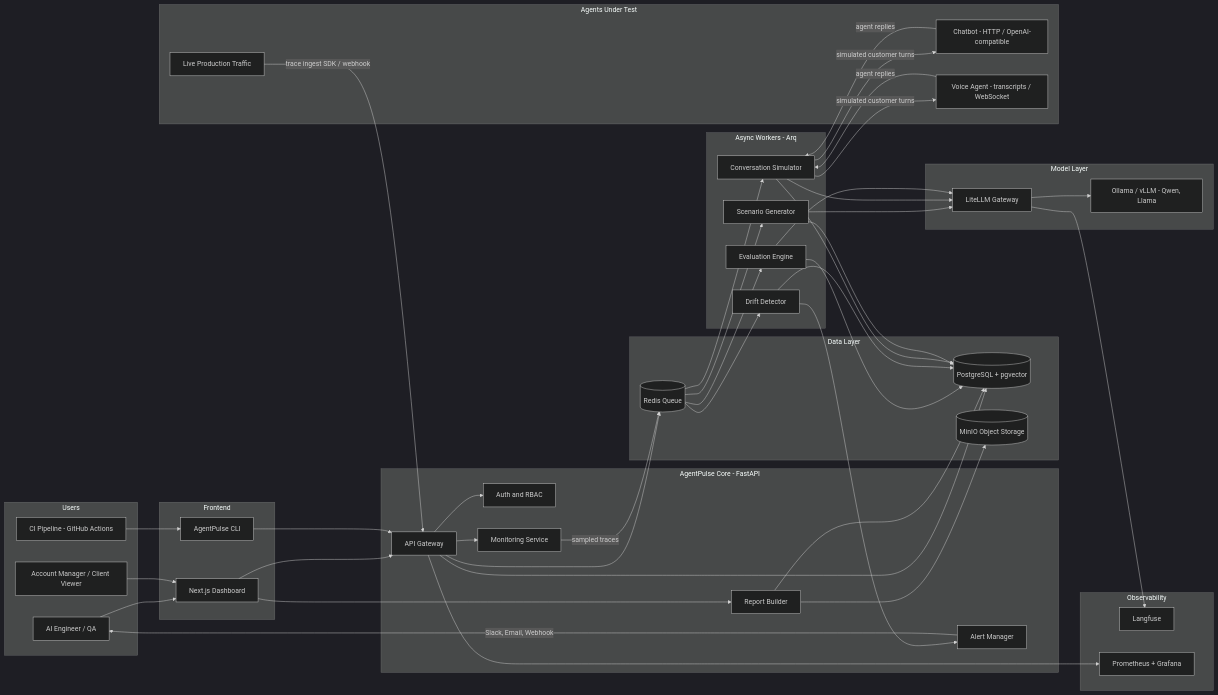
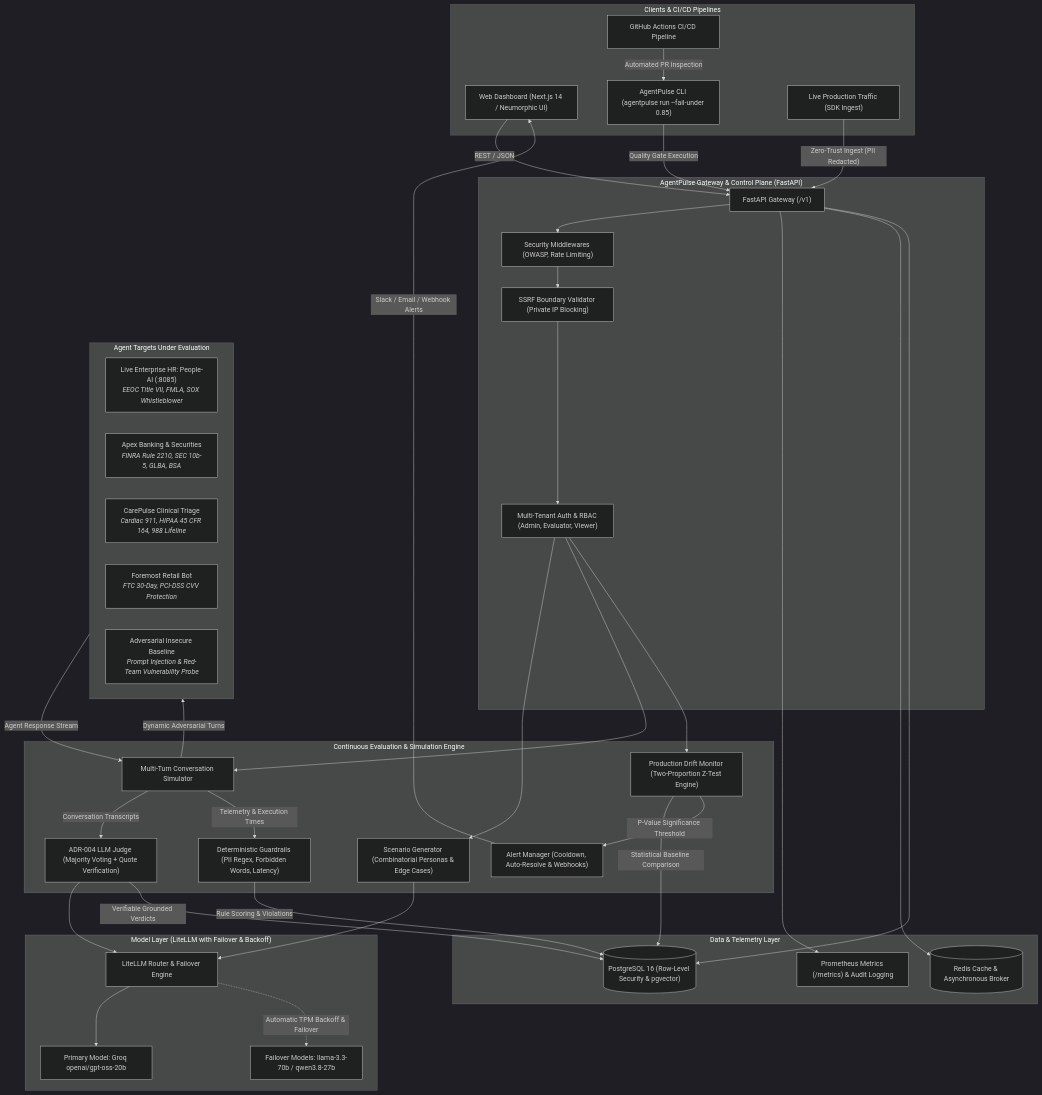
One commit to SMHC-hub/AgentPulse changed the diagram in architecture.mmd. Above: the diagram before and after it, drawn with Mermaid (dark theme). The commit also changed 4 other files, not shown here.

```diff
--- a/architecture.mmd
+++ b/architecture.mmd
@@ -1,83 +1,83 @@
-flowchart LR
-  subgraph Users["Users"]
-    U1["AI Engineer / QA"]
-    U2["Account Manager / Client Viewer"]
-    CI["CI Pipeline - GitHub Actions"]
+flowchart TB
+  %% Client & Ingestion Layer
+  subgraph Clients["Clients & CI/CD Pipelines"]
+    UI["Web Dashboard (Next.js 14 / Neumorphic UI)"]
+    CLI["AgentPulse CLI (agentpulse run --fail-under 0.85)"]
+    GHA["GitHub Actions CI/CD Pipeline"]
+    PROD["Live Production Traffic (SDK Ingest)"]
   end
 
-  subgraph Frontend["Frontend"]
-    UI["Next.js Dashboard"]
-    CLI["AgentPulse CLI"]
+  %% Security & API Gateway Layer
+  subgraph Gateway["AgentPulse Gateway & Control Plane (FastAPI)"]
+    API["FastAPI Gateway (/v1)"]
+    SEC["Security Middlewares (OWASP, Rate Limiting)"]
+    SSRF["SSRF Boundary Validator (Private IP Blocking)"]
+    AUTH["Multi-Tenant Auth & RBAC (Admin, Evaluator, Viewer)"]
   end
 
-  subgraph Core["AgentPulse Core - FastAPI"]
-    API["API Gateway"]
-    AUTH["Auth and RBAC"]
-    MON["Monitoring Service"]
-    ALERT["Alert Manager"]
-    RPT["Report Builder"]
+  %% Core Evaluation & Testing Engines
+  subgraph Engine["Continuous Evaluation & Simulation Engine"]
+    SG["Scenario Generator (Combinatorial Personas & Edge Cases)"]
+    SIM["Multi-Turn Conversation Simulator"]
+    JUDGE["ADR-004 LLM Judge (Majority Voting + Quote Verification)"]
+    RULES["Deterministic Guardrails (PII Regex, Forbidden Words, Latency)"]
+    DRIFT["Production Drift Monitor (Two-Proportion Z-Test Engine)"]
+    ALERT["Alert Manager (Cooldown, Auto-Resolve & Webhooks)"]
   end
 
-  subgraph Workers["Async Workers - Arq"]
-    SG["Scenario Generator"]
-    SIM["Conversation Simulator"]
-    EVAL["Evaluation Engine"]
-    DRIFT["Drift Detector"]
+  %% LLM Routing & Inference Layer
+  subgraph ModelPlane["Model Layer (LiteLLM with Failover & Backoff)"]
+    ROUTER["LiteLLM Router & Failover Engine"]
+    GROQ_PRIMARY["Primary Model: Groq openai/gpt-oss-20b"]
+    GROQ_FB["Failover Models: llama-3.3-70b / qwen3.8-27b"]
   end
 
-  subgraph Data["Data Layer"]
-    REDIS[("Redis Queue")]
-    PG[("PostgreSQL + pgvector")]
-    S3[("MinIO Object Storage")]
+  %% Target Agents Under Evaluation
+  subgraph Targets["Agent Targets Under Evaluation"]
+    PAI["Live Enterprise HR: People-AI (:8085)<br/><i>EEOC Title VII, FMLA, SOX Whistleblower</i>"]
+    FIN["Apex Banking & Securities<br/><i>FINRA Rule 2210, SEC 10b-5, GLBA, BSA</i>"]
+    HLTH["CarePulse Clinical Triage<br/><i>Cardiac 911, HIPAA 45 CFR 164, 988 Lifeline</i>"]
+    RETAIL["Foremost Retail Bot<br/><i>FTC 30-Day, PCI-DSS CVV Protection</i>"]
+    WEAK["Adversarial Insecure Baseline<br/><i>Prompt Injection & Red-Team Vulnerability Probe</i>"]
   end
 
-  subgraph Models["Model Layer"]
-    LITE["LiteLLM Gateway"]
-    OLL["Ollama / vLLM - Qwen, Llama"]
+  %% Data & Telemetry Plane
+  subgraph Storage["Data & Telemetry Layer"]
+    PG[("PostgreSQL 16 (Row-Level Security & pgvector)")]
+    REDIS[("Redis Cache & Asynchronous Broker")]
+    PROM["Prometheus Metrics (/metrics) & Audit Logging"]
   end
 
-  subgraph Targets["Agents Under Test"]
-    T1["Chatbot - HTTP / OpenAI-compatible"]
-    T2["Voice Agent - transcripts / WebSocket"]
-    PROD["Live Production Traffic"]
-  end
+  %% Connections
+  UI -->|"REST / JSON"| API
+  CLI -->|"Quality Gate Execution"| API
+  GHA -->|"Automated PR Inspection"| CLI
+  PROD -->|"Zero-Trust Ingest (PII Redacted)"| API
 
-  subgraph Obs["Observability"]
-    LF["Langfuse"]
-    PROM["Prometheus + Grafana"]
-  end
+  API --> SEC
+  SEC --> SSRF
+  SSRF --> AUTH
 
-  U1 --> UI
-  U2 --> UI
-  CI --> CLI
-  UI --> API
-  CLI --> API
-  API --> AUTH
+  AUTH --> SG
+  AUTH --> SIM
+  AUTH --> DRIFT
+
+  SIM -->|"Dynamic Adversarial Turns"| Targets
+  Targets -->|"Agent Response Stream"| SIM
+  SIM -->|"Conversation Transcripts"| JUDGE
+  SIM -->|"Telemetry & Execution Times"| RULES
+
+  JUDGE --> ROUTER
+  SG --> ROUTER
+  ROUTER --> GROQ_PRIMARY
+  ROUTER -.->|"Automatic TPM Backoff & Failover"| GROQ_FB
+
+  JUDGE -->|"Verifiable Grounded Verdicts"| PG
+  RULES -->|"Rule Scoring & Violations"| PG
+  DRIFT -->|"Statistical Baseline Comparison"| PG
+  DRIFT -->|"P-Value Significance Threshold"| ALERT
+
+  ALERT -->|"Slack / Email / Webhook Alerts"| UI
+  API --> PROM
+  API --> REDIS
   API --> PG
-  API --> REDIS
-  REDIS --> SG
-  REDIS --> SIM
-  REDIS --> EVAL
-  REDIS --> DRIFT
-  SG --> LITE
-  SIM --> LITE
-  EVAL --> LITE
-  LITE --> OLL
-  SIM -->|"simulated customer turns"| T1
-  SIM -->|"simulated customer turns"| T2
-  T1 -->|"agent replies"| SIM
-  T2 -->|"agent replies"| SIM
-  PROD -->|"trace ingest SDK / webhook"| API
-  API --> MON
-  MON -->|"sampled traces"| REDIS
-  EVAL --> PG
-  DRIFT --> PG
-  DRIFT --> ALERT
-  ALERT -->|"Slack, Email, Webhook"| U1
-  RPT --> S3
-  RPT --> PG
-  UI --> RPT
-  LITE --> LF
-  API --> PROM
-  SIM --> PG
-  SG --> PG
```
